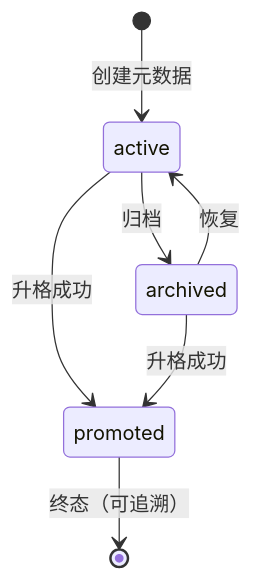
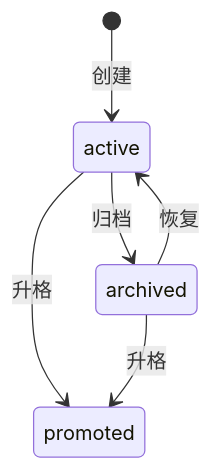
The first of 2 diagrams in docs/design.md (NoName4Me/dsh-sidenotes), drawn with Mermaid before and after one commit. The commit also changed other lines of this file and 11 other files, not shown here.

````diff
--- a/docs/design.md
+++ b/docs/design.md
@@ -225,9 +76,8 @@
 ```mermaid
 stateDiagram-v2
-  [*] --> active: 创建元数据
-  active --> archived: 归档
-  archived --> active: 恢复
-  active --> promoted: 升格成功
-  archived --> promoted: 升格成功
-  promoted --> [*]: 终态（可追溯）
+    [*] --> active: 创建
+    active --> archived: 归档
+    archived --> active: 恢复
+    active --> promoted: 升格
+    archived --> promoted: 升格
 ```
````
